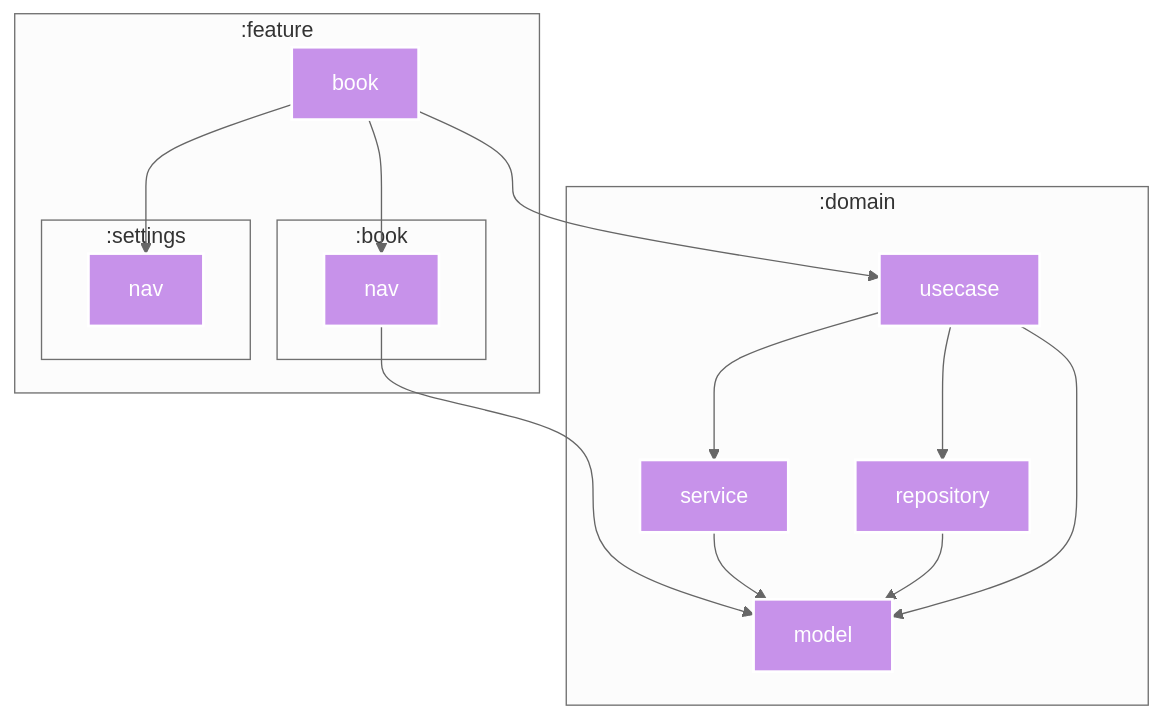
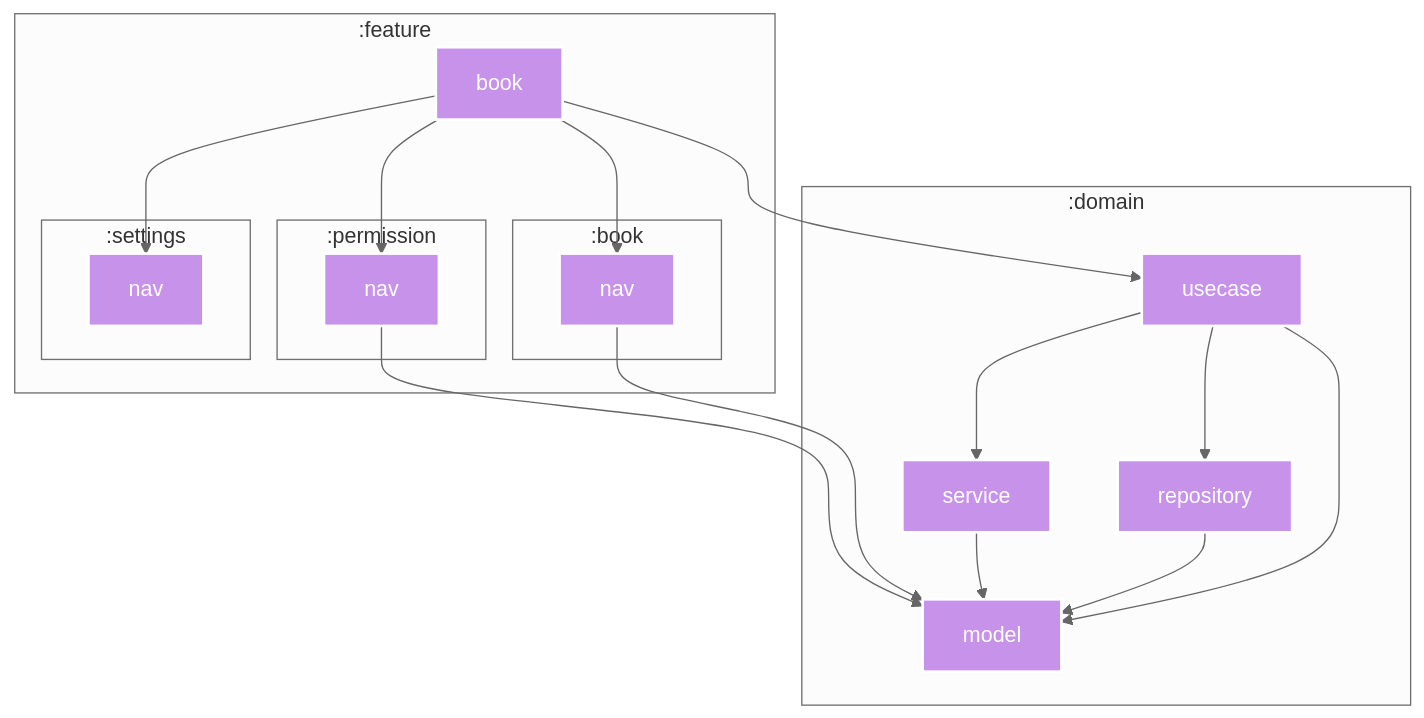
One commit to SorrowBlue/ComicViewer changed the diagram in feature/book/README.md. Above: the diagram before and after it, drawn with Mermaid. The commit also changed 46 other files, not shown here.

Commit message:
feat: add permission feature to module dependency graph

````diff
--- a/feature/book/README.md
+++ b/feature/book/README.md
@@ -5,49 +5,56 @@
 ```mermaid
 %%{
   init: {
     'theme': 'neutral'
   }
 }%%
 
 graph TB
   subgraph :domain
     :domain:usecase["usecase"]
     :domain:model["model"]
     :domain:repository["repository"]
     :domain:service["service"]
     :domain:service["service"]
     :domain:model["model"]
     :domain:repository["repository"]
     :domain:usecase["usecase"]
   end
   subgraph :feature
     :feature:book["book"]
     subgraph :book
       :feature:book:nav["nav"]
       :feature:book:nav["nav"]
     end
+    subgraph :permission
+      :feature:permission:nav["nav"]
+      :feature:permission:nav["nav"]
+    end
     subgraph :settings
       :feature:settings:nav["nav"]
     end
   end
 
   :domain:usecase --> :domain:model
   :domain:usecase --> :domain:repository
   :domain:usecase --> :domain:service
   :domain:service --> :domain:model
   :feature:book:nav --> :domain:model
   :domain:repository --> :domain:model
+  :feature:permission:nav --> :domain:model
   :feature:book --> :domain:usecase
   :feature:book --> :feature:book:nav
+  :feature:book --> :feature:permission:nav
   :feature:book --> :feature:settings:nav
 
 classDef kotlin-multiplatform fill:#C792EA,stroke:#fff,stroke-width:2px,color:#fff;
 class :domain:usecase kotlin-multiplatform
 class :domain:model kotlin-multiplatform
 class :domain:repository kotlin-multiplatform
 class :domain:service kotlin-multiplatform
 class :feature:book:nav kotlin-multiplatform
+class :feature:permission:nav kotlin-multiplatform
 class :feature:book kotlin-multiplatform
 class :feature:settings:nav kotlin-multiplatform
 
 ```
````
